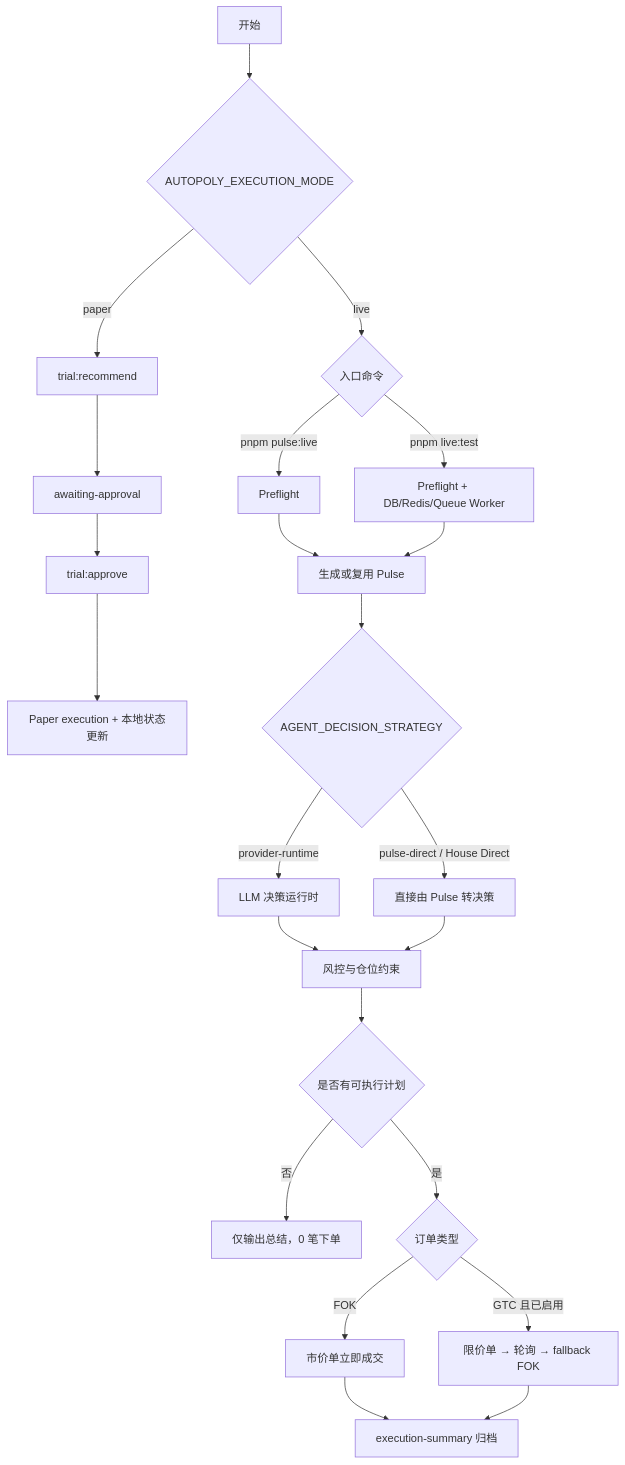
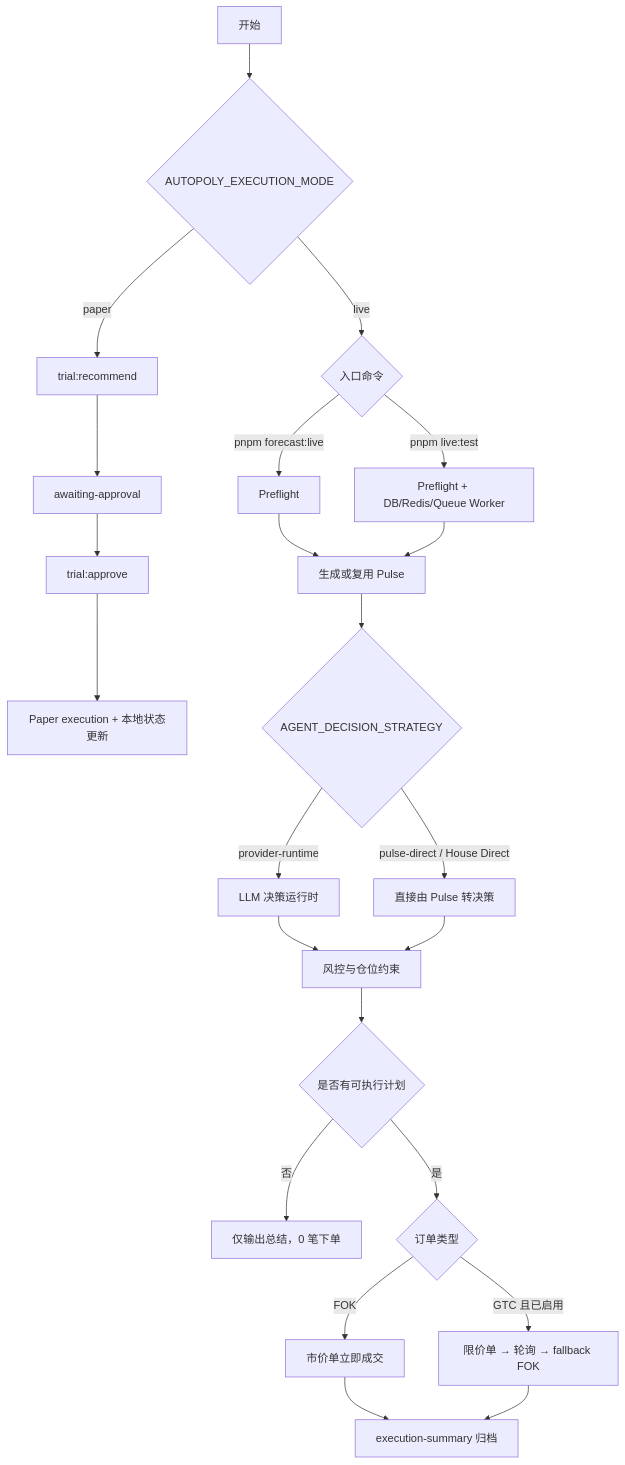
Before and after one commit to Alchemist-X/autonomous-poly-trading: the first of 2 diagrams in docs/diagrams/trading-modes-flowchart.md, drawn with Mermaid. The commit also changed other lines of this file and 36 other files, not shown here.

First line of the commit message:
refactor: rename pulse:* commands to forecast:* globally

````diff
--- a/docs/diagrams/trading-modes-flowchart.md
+++ b/docs/diagrams/trading-modes-flowchart.md
@@ -3,31 +3,31 @@
 ```mermaid
 flowchart TD
   A[开始] --> B{AUTOPOLY_EXECUTION_MODE}
 
   B -->|paper| C[trial:recommend]
   C --> D[awaiting-approval]
   D --> E[trial:approve]
   E --> F[Paper execution + 本地状态更新]
 
   B -->|live| G{入口命令}
-  G -->|pnpm pulse:live| H[Preflight]
+  G -->|pnpm forecast:live| H[Preflight]
   G -->|pnpm live:test| I[Preflight + DB/Redis/Queue Worker]
 
   H --> J[生成或复用 Pulse]
   I --> J
 
   J --> K{AGENT_DECISION_STRATEGY}
   K -->|provider-runtime| L[LLM 决策运行时]
   K -->|pulse-direct / House Direct| M[直接由 Pulse 转决策]
 
   L --> N[风控与仓位约束]
   M --> N
 
   N --> O{是否有可执行计划}
   O -->|否| P[仅输出总结，0 笔下单]
   O -->|是| Q{订单类型}
   Q -->|FOK| R[市价单立即成交]
   Q -->|GTC 且已启用| S[限价单 → 轮询 → fallback FOK]
   R --> T[execution-summary 归档]
   S --> T
 ```
````
